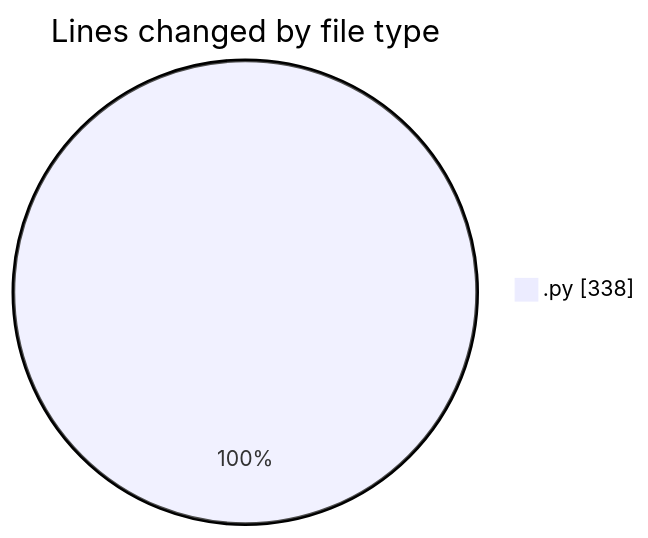
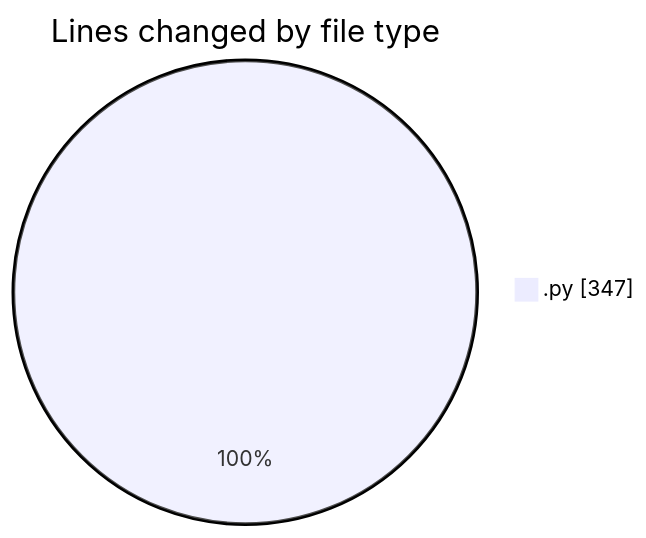
One commit to FelipKnott/code-tracking changed the first of 2 diagrams in 2025-07-02/cursor/README.md. Above: the diagram before and after it, drawn with Mermaid. The commit also changed other lines of this file and 1 other file, not shown here.

````diff
--- a/2025-07-02/cursor/README.md
+++ b/2025-07-02/cursor/README.md
@@ -22,5 +22,5 @@
 ```mermaid
 pie showData
 title Lines changed by file type
-".py" : 338
+".py" : 347
 ```
````
